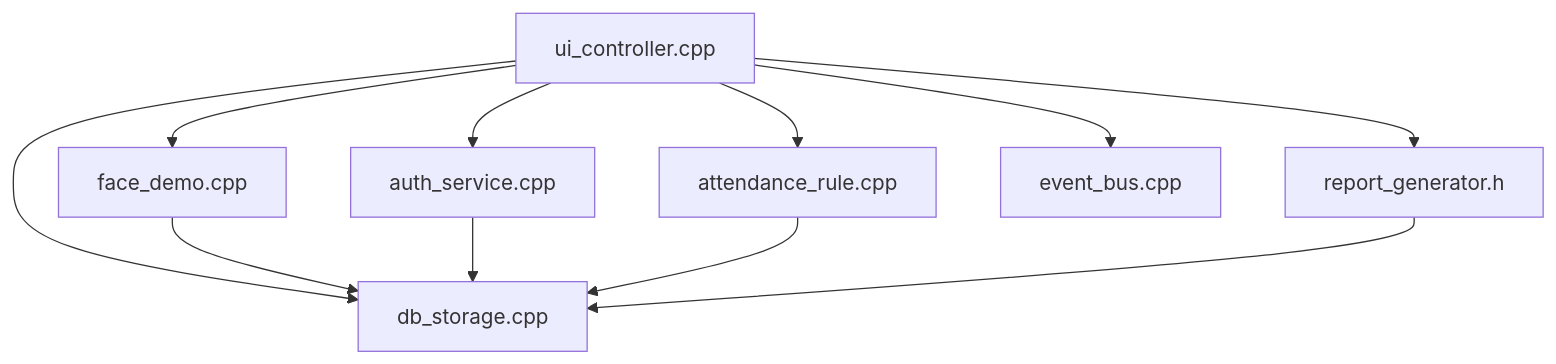
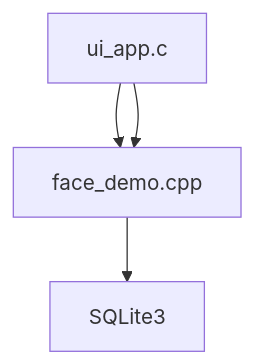
Before and after one commit to Drunk552/SmartAttendance: the fourth of 4 diagrams in .qoder/repowiki/zh/content/功能模块详解.md, drawn with Mermaid. The commit also changed other lines of this file and 26 other files, not shown here.

````diff
--- a/.qoder/repowiki/zh/content/功能模块详解.md
+++ b/.qoder/repowiki/zh/content/功能模块详解.md
@@ -322,13 +188,6 @@
 ```mermaid
 graph TB
-UI["ui_controller.cpp"] --> Biz["face_demo.cpp"]
-UI --> Auth["auth_service.cpp"]
-UI --> Rule["attendance_rule.cpp"]
-UI --> Rep["report_generator.h"]
-UI --> DB["db_storage.cpp"]
-Biz --> DB
-Auth --> DB
-Rule --> DB
-Rep --> DB
-UI --> Bus["event_bus.cpp"]
+UI["ui_app.c"] --> Biz["face_demo.cpp"]
+Biz --> DB["SQLite3"]
+UI --> Biz
 ```
````
